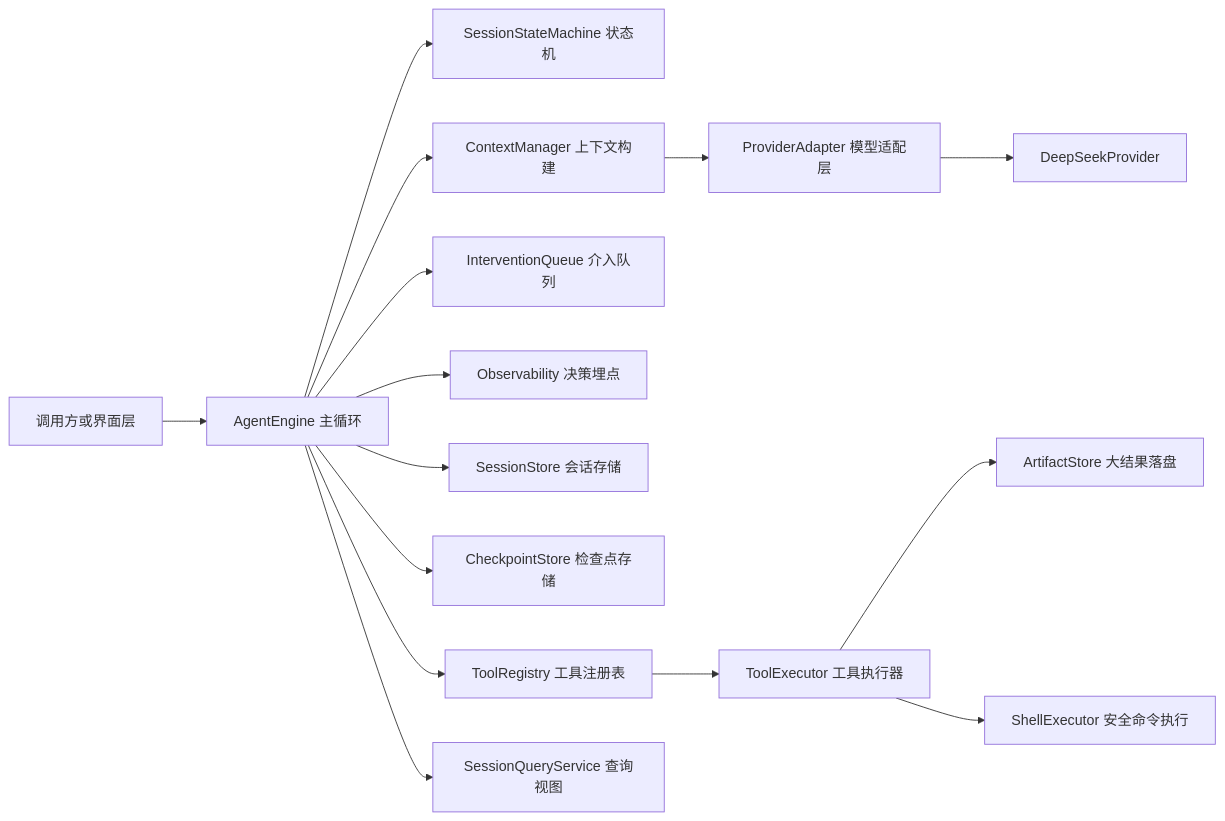
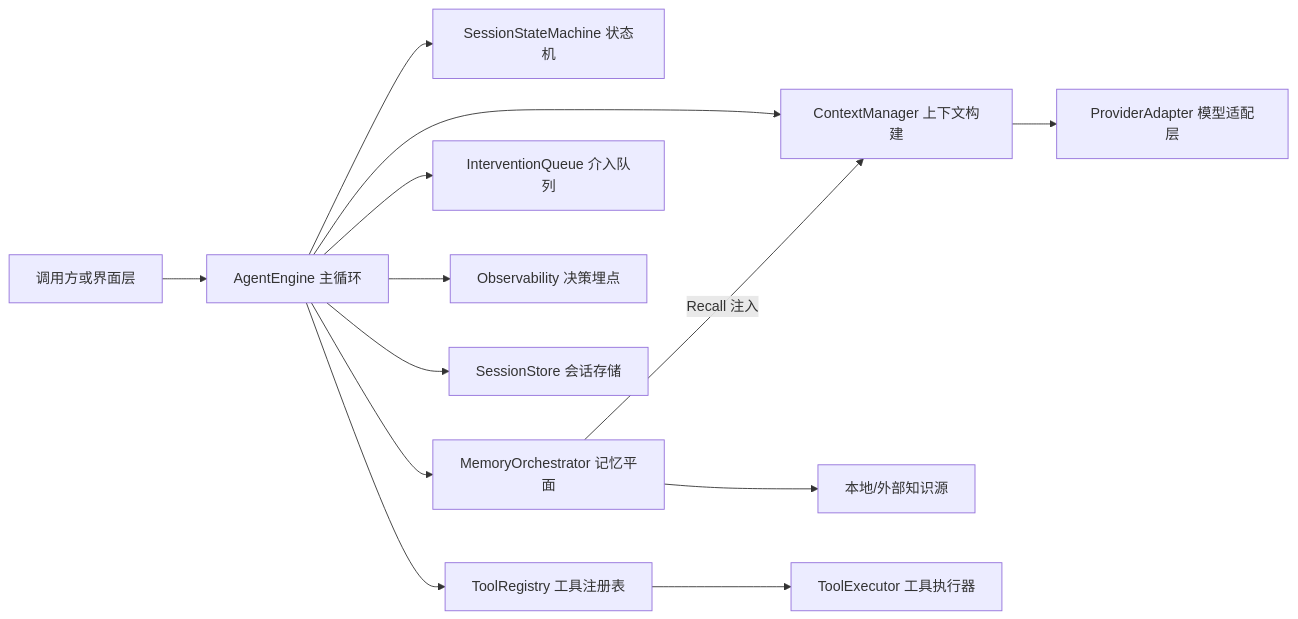
Before and after one commit to AprilLeeHub/April-Agent: the first of 4 diagrams in README.md, drawn with Mermaid. The commit also changed other lines of this file and 13 other files, not shown here.

````diff
--- a/README.md
+++ b/README.md
@@ -93,17 +32,15 @@
 ```mermaid
 flowchart LR
   User[调用方或界面层] --> Engine[AgentEngine 主循环]
   Engine --> State[SessionStateMachine 状态机]
   Engine --> Context[ContextManager 上下文构建]
+  Engine --> Memory[MemoryOrchestrator 记忆平面]
   Engine --> Queue[InterventionQueue 介入队列]
   Engine --> Obs[Observability 决策埋点]
   Engine --> Store[SessionStore 会话存储]
-  Engine --> Checkpoint[CheckpointStore 检查点存储]
   Context --> Provider[ProviderAdapter 模型适配层]
-  Provider --> DeepSeek[DeepSeekProvider]
+  Memory --> LocalMemory[本地/外部知识源]
+  Memory -->|Recall 注入| Context
   Engine --> Registry[ToolRegistry 工具注册表]
   Registry --> Executor[ToolExecutor 工具执行器]
-  Executor --> Artifact[ArtifactStore 大结果落盘]
-  Executor --> Shell[ShellExecutor 安全命令执行]
-  Engine --> Query[SessionQueryService 查询视图]
 ```
````
